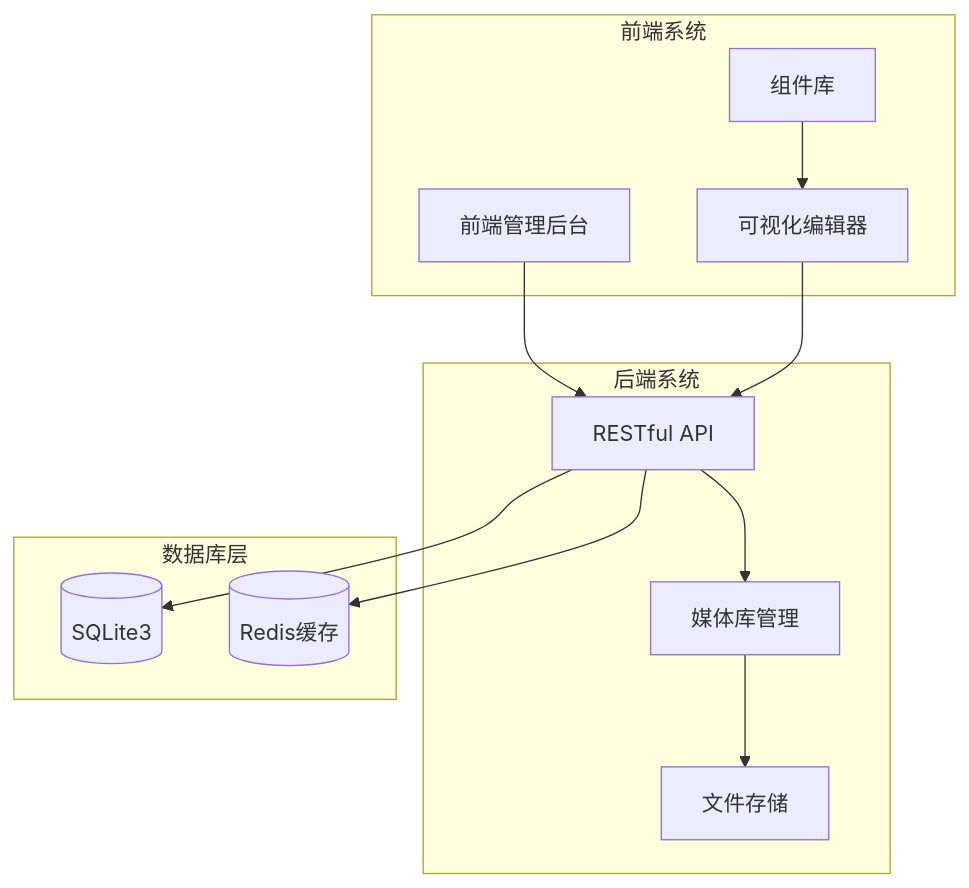
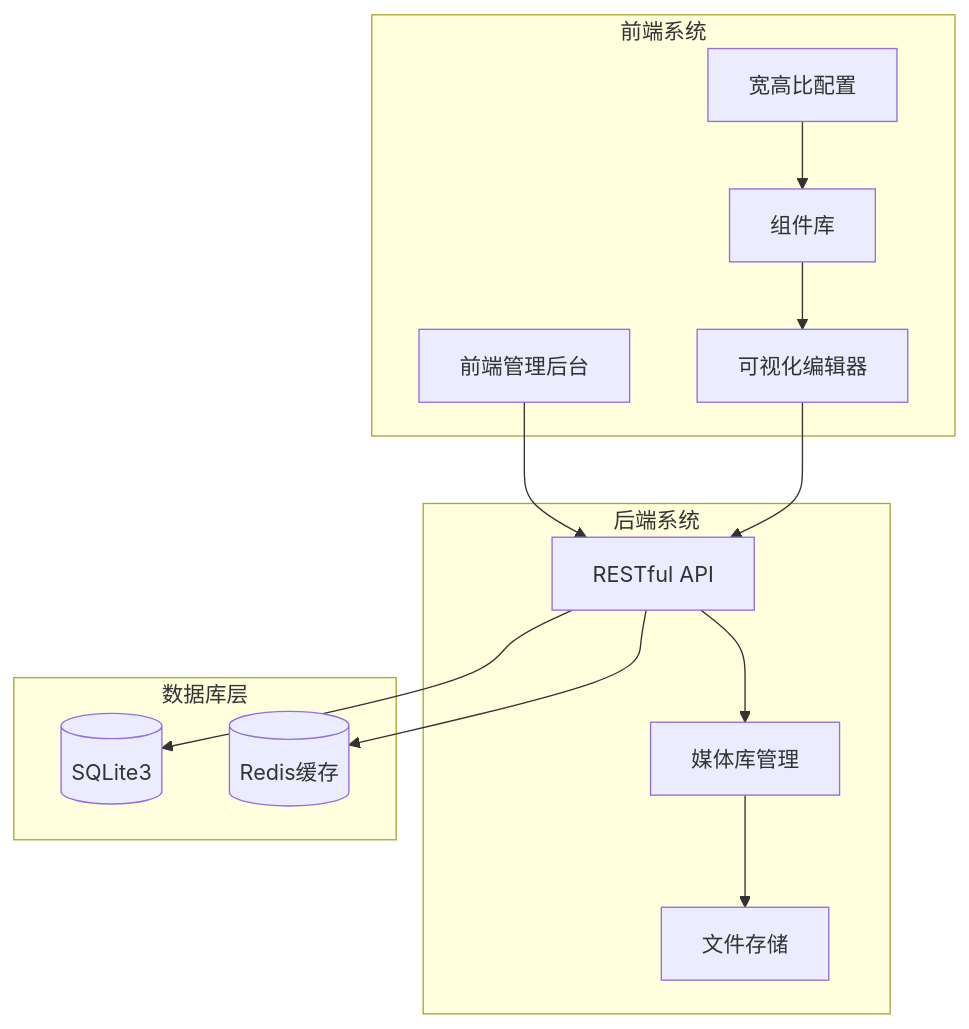
Before and after one commit to wyg5208/website_diy: the first of 10 diagrams in .qoder/repowiki/zh/content/前端组件系统/组件库系统/图片展示组件.md, drawn with Mermaid. The commit also changed other lines of this file and 109 other files, not shown here.

````diff
--- a/.qoder/repowiki/zh/content/前端组件系统/组件库系统/图片展示组件.md
+++ b/.qoder/repowiki/zh/content/前端组件系统/组件库系统/图片展示组件.md
@@ -29,24 +42,26 @@
 ```mermaid
 graph TB
 subgraph "前端系统"
 FE[前端管理后台]
 Editor[可视化编辑器]
 Components[组件库]
+AspectRatios[宽高比配置]
 end
 subgraph "后端系统"
 API[RESTful API]
 Media[媒体库管理]
 Storage[文件存储]
 end
 subgraph "数据库层"
 DB[(SQLite3)]
 Cache[(Redis缓存)]
 end
 FE --> API
 Editor --> API
 Components --> Editor
+AspectRatios --> Components
 API --> Media
 Media --> Storage
 API --> DB
 API --> Cache
 ```
````
